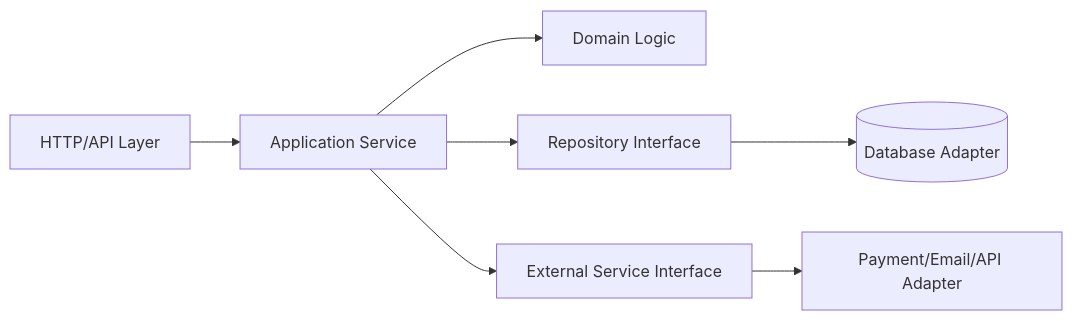
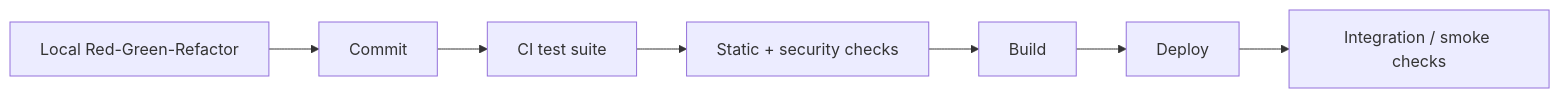
One commit to AvadhBhalodiya/Interview-Preparation changed the fourth of 4 diagrams in src/content/testing/tdd.md. Above: the diagram before and after it, drawn with Mermaid. The commit also changed other lines of this file and 54 other files, not shown here.

````diff
--- a/src/content/testing/tdd.md
+++ b/src/content/testing/tdd.md
@@ -952,9 +487,9 @@
 ```mermaid
 flowchart LR
-    A[HTTP/API Layer] --> B[Application Service]
-    B --> C[Domain Logic]
-    B --> D[Repository Interface]
-    B --> E[External Service Interface]
-    D --> F[(Database Adapter)]
-    E --> G[Payment/Email/API Adapter]
+    A[Local Red-Green-Refactor] --> B[Commit]
+    B --> C[CI test suite]
+    C --> D[Static + security checks]
+    D --> E[Build]
+    E --> F[Deploy]
+    F --> G[Integration / smoke checks]
 ```
````
